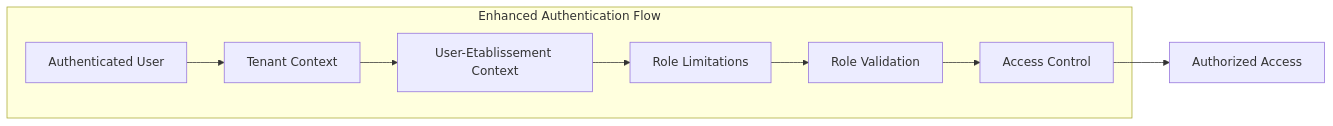
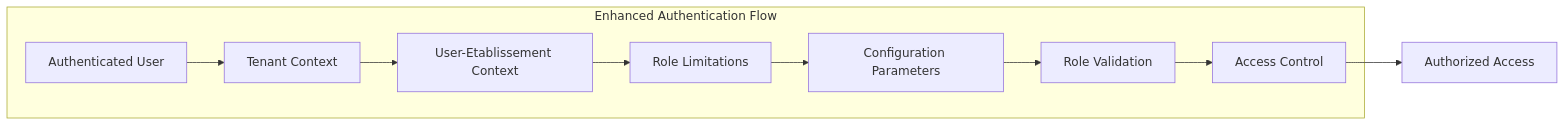
Diagram 17 of 19 in .qoder/repowiki/en/content/Modules & Features/Administrative Modules/Establishment Management.md (franckylab/eLISAschool), drawn with Mermaid before and after one commit. The commit also changed other lines of this file and 155 other files, not shown here.

````diff
--- a/.qoder/repowiki/en/content/Modules & Features/Administrative Modules/Establishment Management.md
+++ b/.qoder/repowiki/en/content/Modules & Features/Administrative Modules/Establishment Management.md
@@ -720,17 +880,19 @@
 ```mermaid
 graph LR
 subgraph "Enhanced Authentication Flow"
 User["Authenticated User"]
 Tenant["Tenant Context"]
 UserEtab["User-Etablissement Context"]
 RoleLimitations["Role Limitations"]
+ConfigParams["Configuration Parameters"]
 Role["Role Validation"]
 Access["Access Control"]
 end
 User --> Tenant
 Tenant --> UserEtab
 UserEtab --> RoleLimitations
-RoleLimitations --> Role
+RoleLimitations --> ConfigParams
+ConfigParams --> Role
 Role --> Access
 Access --> Success["Authorized Access"]
 ```
````
